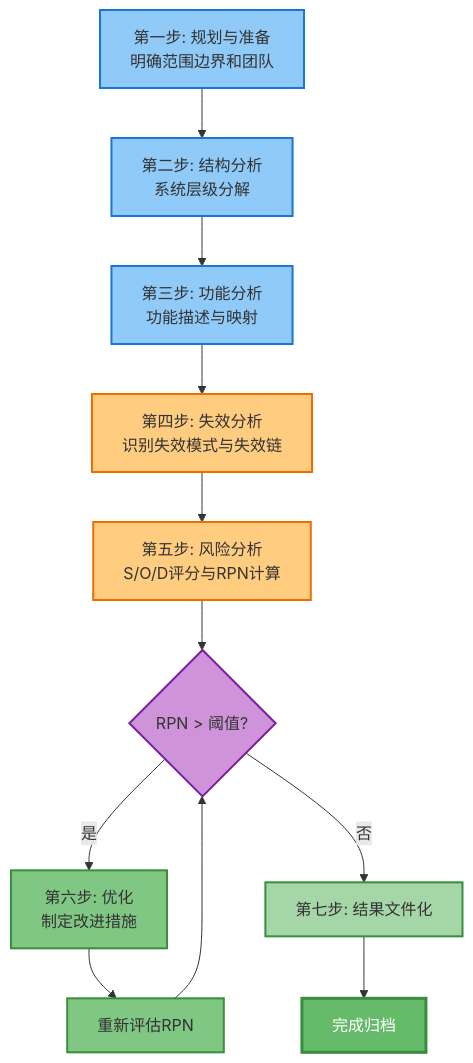
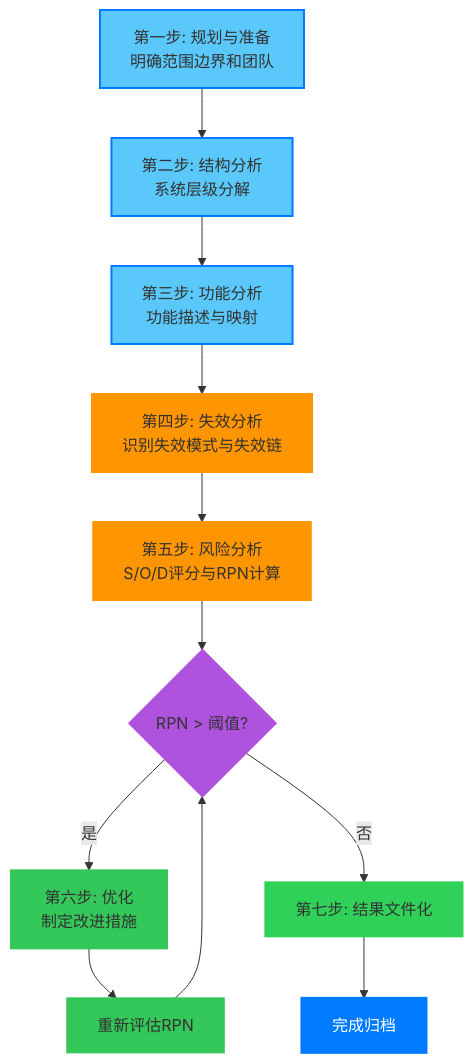
Before and after one commit to s-ai-unix/blog: the second of 13 diagrams in content/posts/2026-01-16-automotive-risk-analysis-overview.md, drawn with Mermaid. The commit also changed other lines of this file and 9 other files, not shown here.

````diff
--- a/content/posts/2026-01-16-automotive-risk-analysis-overview.md
+++ b/content/posts/2026-01-16-automotive-risk-analysis-overview.md
@@ -97,24 +97,24 @@
 ```mermaid
 flowchart TD
     A[第一步: 规划与准备<br>明确范围边界和团队] --> B[第二步: 结构分析<br>系统层级分解]
     B --> C[第三步: 功能分析<br>功能描述与映射]
     C --> D[第四步: 失效分析<br>识别失效模式与失效链]
     D --> E[第五步: 风险分析<br>S/O/D评分与RPN计算]
     E --> F{RPN > 阈值?}
     F -->|是| G[第六步: 优化<br>制定改进措施]
     F -->|否| H[第七步: 结果文件化]
     G --> I[重新评估RPN]
     I --> F
     H --> J[完成归档]
 
-    style A fill:#90caf9,stroke:#1976d2,stroke-width:2px
-    style B fill:#90caf9,stroke:#1976d2,stroke-width:2px
-    style C fill:#90caf9,stroke:#1976d2,stroke-width:2px
-    style D fill:#ffcc80,stroke:#ef6c00,stroke-width:2px
-    style E fill:#ffcc80,stroke:#ef6c00,stroke-width:2px
-    style F fill:#ce93d8,stroke:#7b1fa2,stroke-width:2px
-    style G fill:#81c784,stroke:#388e3c,stroke-width:2px
-    style H fill:#a5d6a7,stroke:#388e3c,stroke-width:2px
-    style I fill:#81c784,stroke:#388e3c,stroke-width:2px
-    style J fill:#66bb6a,stroke:#388e3c,stroke-width:3px,color:#ffffff
+    style A fill:#5AC8FA,stroke:#007AFF,stroke-width:2px
+    style B fill:#5AC8FA,stroke:#007AFF,stroke-width:2px
+    style C fill:#5AC8FA,stroke:#007AFF,stroke-width:2px
+    style D fill:#FF9500,stroke:#FF9500,stroke-width:2px
+    style E fill:#FF9500,stroke:#FF9500,stroke-width:2px
+    style F fill:#AF52DE,stroke:#AF52DE,stroke-width:2px
+    style G fill:#34C759,stroke:#34C759,stroke-width:2px
+    style H fill:#30D158,stroke:#30D158,stroke-width:2px
+    style I fill:#34C759,stroke:#34C759,stroke-width:2px
+    style J fill:#007AFF,stroke:#007AFF,stroke-width:3px,color:#ffffff
 ```
````
